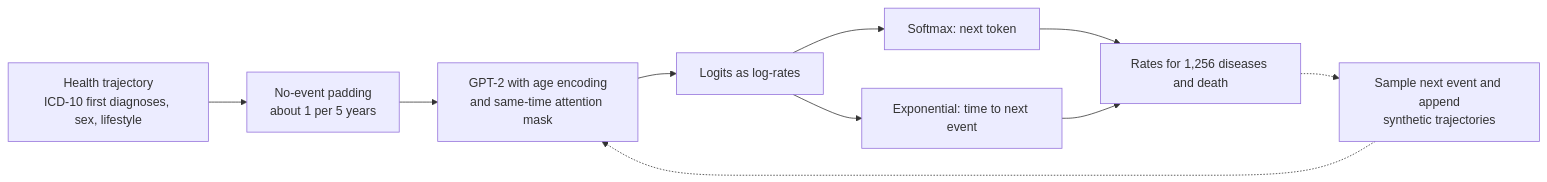
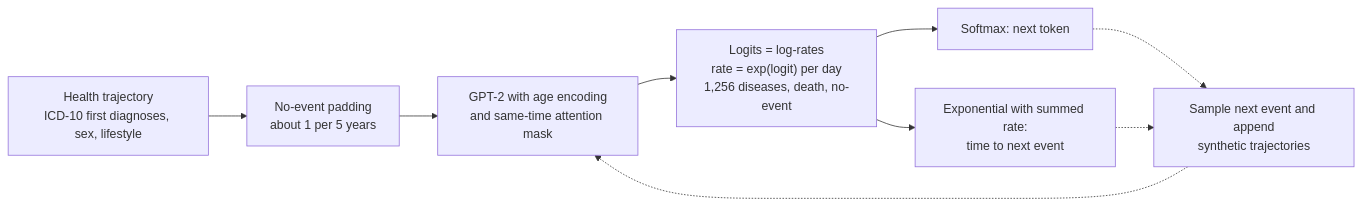
The diagram in docs/papers/ehr-delphi2m-nature-2025/index.md (jasonjin34/Medical_reading_material), drawn with Mermaid before and after one commit. The commit also changed other lines of this file and 525 other files, not shown here.

````diff
--- a/docs/papers/ehr-delphi2m-nature-2025/index.md
+++ b/docs/papers/ehr-delphi2m-nature-2025/index.md
@@ -35,12 +35,11 @@
 ```mermaid
 flowchart LR
   A["Health trajectory<br/>ICD-10 first diagnoses, sex, lifestyle"] --> B["No-event padding<br/>about 1 per 5 years"]
   B --> C["GPT-2 with age encoding<br/>and same-time attention mask"]
-  C --> D["Logits as log-rates"]
+  C --> D["Logits = log-rates<br/>rate = exp(logit) per day<br/>1,256 diseases, death, no-event"]
   D --> E["Softmax: next token"]
-  D --> F["Exponential: time to next event"]
-  E --> G["Rates for 1,256 diseases and death"]
-  F --> G
-  G -.-> H["Sample next event and append<br/>synthetic trajectories"]
+  D --> F["Exponential with summed rate:<br/>time to next event"]
+  E -.-> H["Sample next event and append<br/>synthetic trajectories"]
+  F -.-> H
   H -.-> C
 ```
````
